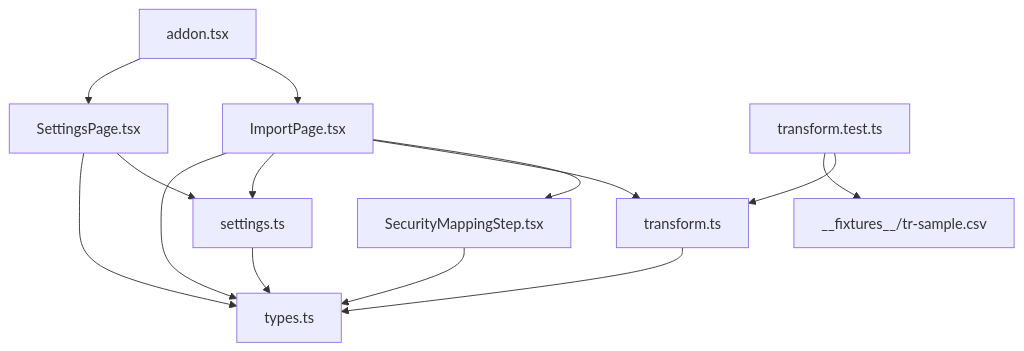
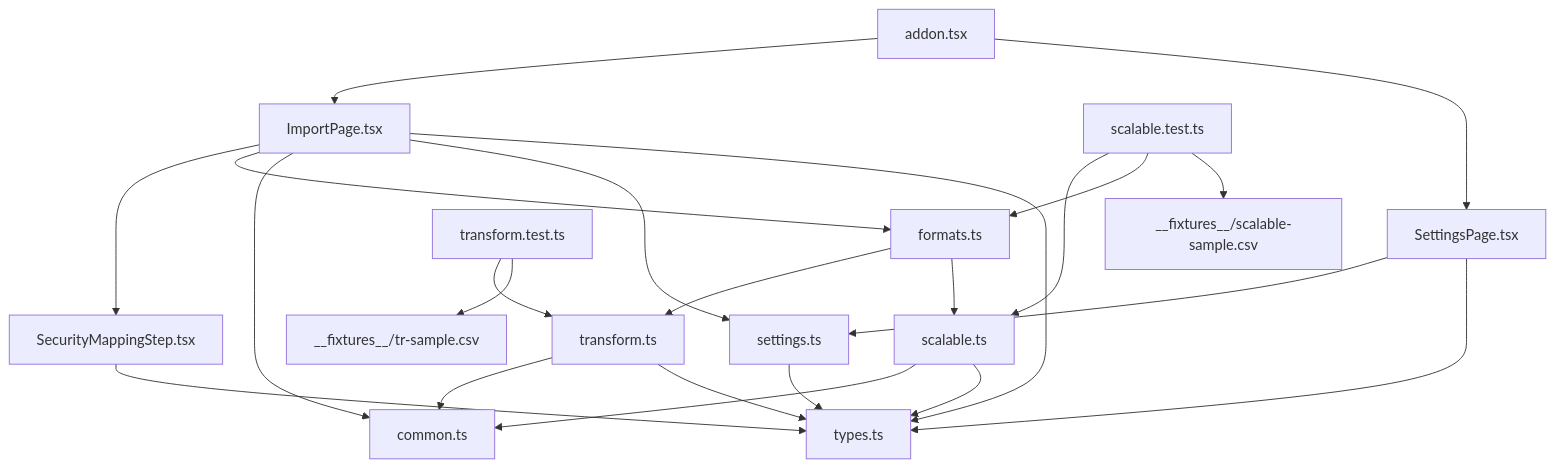
Before and after one commit to waldonso2/wealthfolio-importer-addon: the second of 6 diagrams in docs/ARCHITECTURE.md, drawn with Mermaid. The commit also changed other lines of this file and 9 other files, not shown here.

First line of the commit message:
feat: update hint for new GitHub releases + architecture doc update (#7)

````diff
--- a/docs/ARCHITECTURE.md
+++ b/docs/ARCHITECTURE.md
@@ -106,16 +118,25 @@
 ```mermaid
 flowchart TD
     addon[addon.tsx] --> IP[ImportPage.tsx]
     addon --> SP[SettingsPage.tsx]
     IP --> SMS[SecurityMappingStep.tsx]
-    IP --> TR[transform.ts]
+    IP --> FO[formats.ts]
+    IP --> CM[common.ts]
+    FO --> TR[transform.ts]
+    FO --> SC[scalable.ts]
+    TR --> CM
+    SC --> CM
     IP --> ST[settings.ts]
     SP --> ST
     IP --> TY[types.ts]
     SP --> TY
     SMS --> TY
     TR --> TY
+    SC --> TY
     ST --> TY
     TEST[transform.test.ts] --> TR
     TEST --> FIX[__fixtures__/tr-sample.csv]
+    TEST2[scalable.test.ts] --> SC
+    TEST2 --> FO
+    TEST2 --> FIX2[__fixtures__/scalable-sample.csv]
 ```
````
